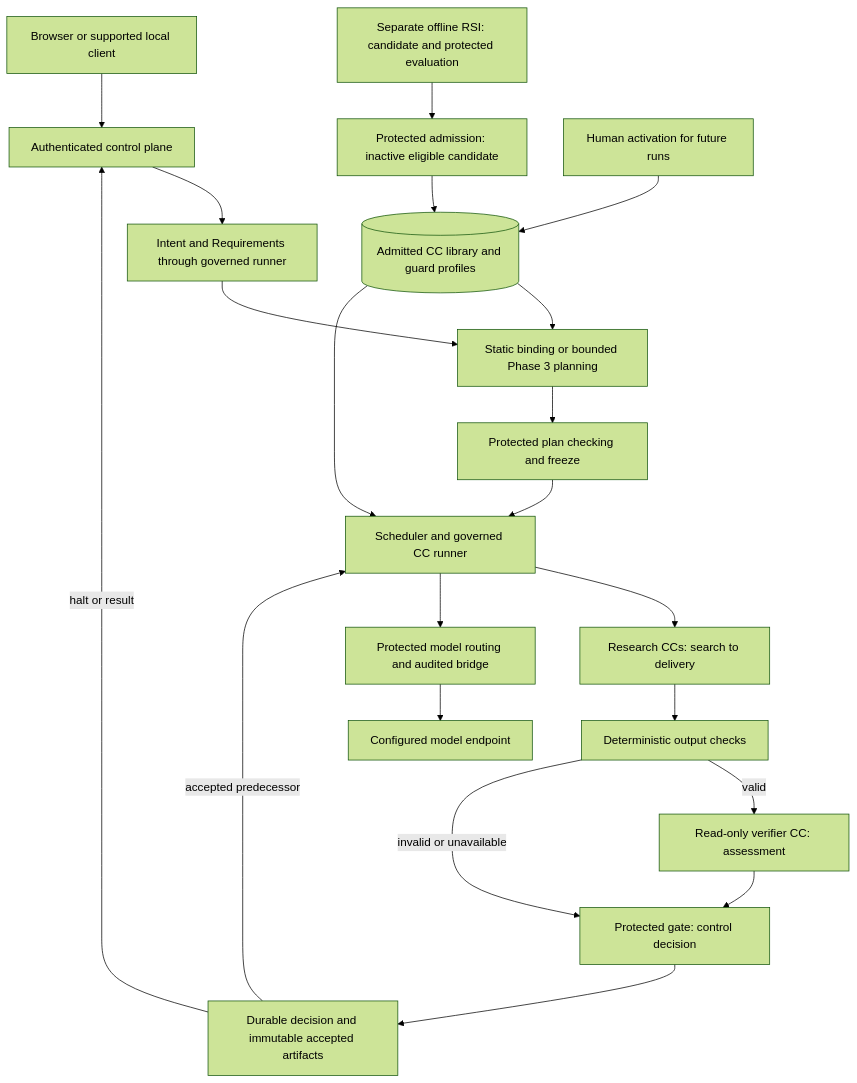
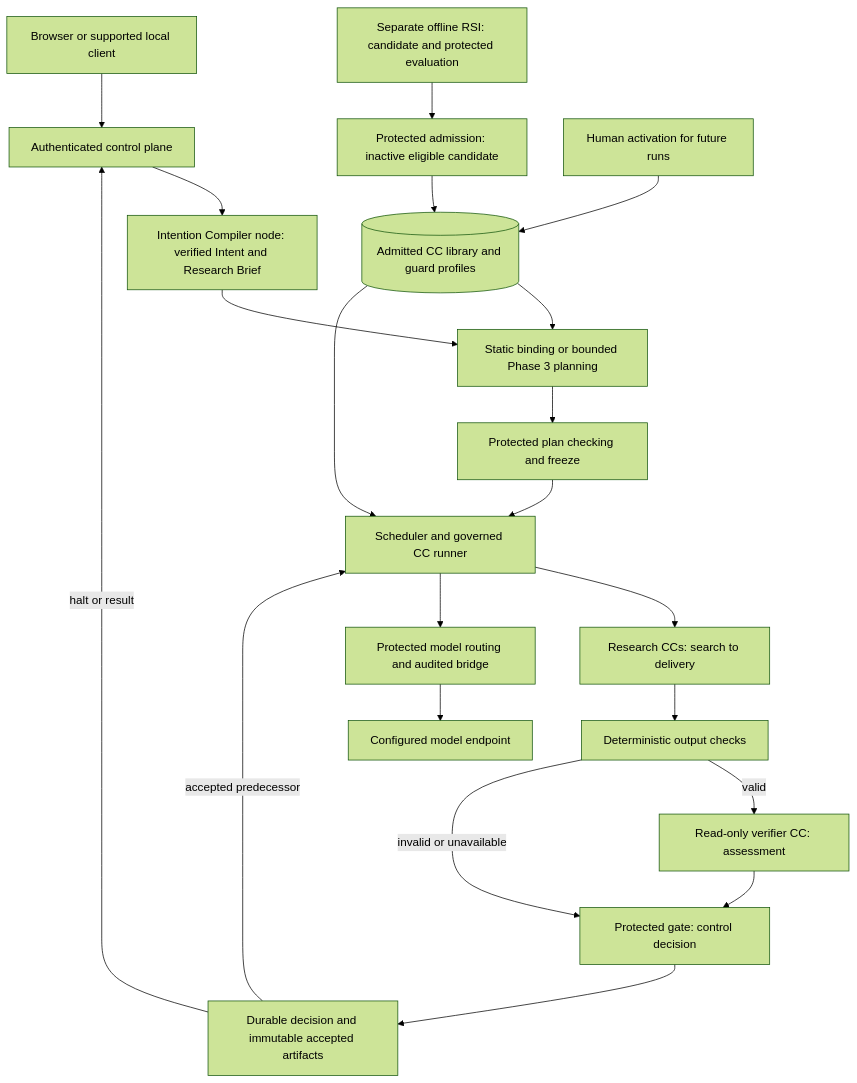
One commit to Stellven/jiuwenswarm changed the diagram in docs/architecture/design-package-compact/README.md. Above: the diagram before and after it, drawn with Mermaid (forest theme). The commit also changed other lines of this file and 285 other files, not shown here.

Commit message:
docs: complete Intention Compiler design in full and compact packages

````diff
--- a/docs/architecture/design-package-compact/README.md
+++ b/docs/architecture/design-package-compact/README.md
@@ -40,23 +46,23 @@
 ```mermaid
 flowchart TB
     User[Browser or supported local client] --> Control[Authenticated control plane]
-    Control --> Prep[Intent and Requirements through governed runner]
+    Control --> Prep[Intention Compiler node: verified Intent and Research Brief]
     Prep --> Plan[Static binding or bounded Phase 3 planning]
     Plan --> Freeze[Protected plan checking and freeze]
     Freeze --> Runner[Scheduler and governed CC runner]
     Runner --> Work[Research CCs: search to delivery]
     Work --> Det[Deterministic output checks]
     Det -->|valid| Verify[Read-only verifier CC: assessment]
     Det -->|invalid or unavailable| Gate[Protected gate: control decision]
     Verify --> Gate
     Gate --> State[Durable decision and immutable accepted artifacts]
     State -->|accepted predecessor| Runner
     State -->|halt or result| Control
     Runner --> Models[Protected model routing and audited bridge]
     Models --> Endpoint[Configured model endpoint]
     Library[(Admitted CC library and guard profiles)] --> Plan
     Library --> Runner
     RSI[Separate offline RSI: candidate and protected evaluation] --> Admission[Protected admission: inactive eligible candidate]
     Admission --> Library
     Human[Human activation for future runs] --> Library
 ```
````
